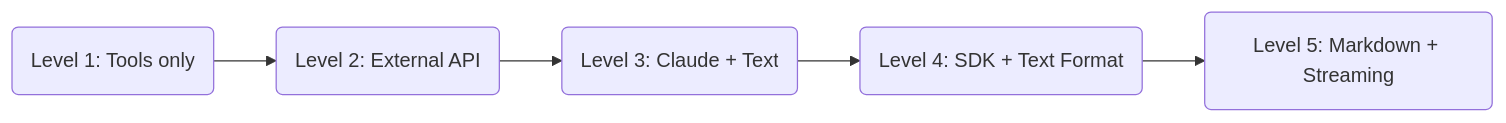
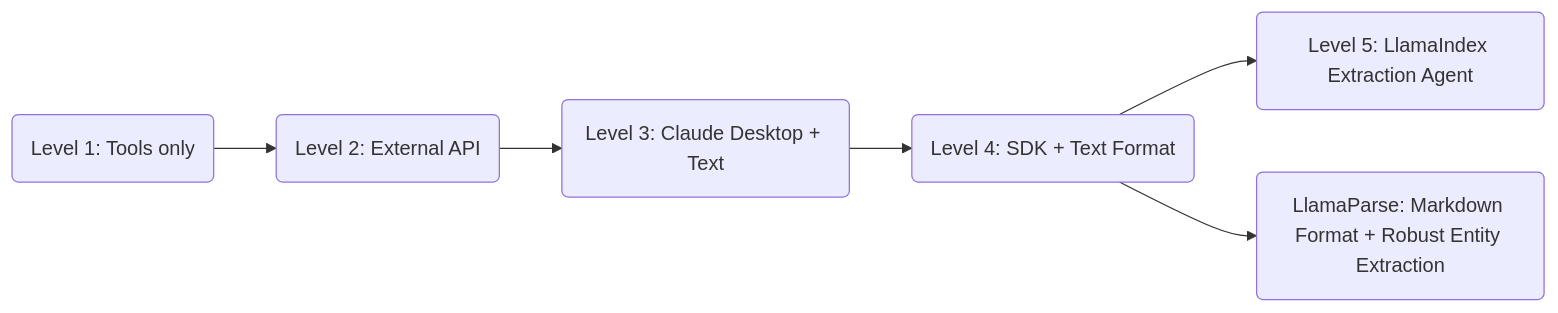
Before and after one commit to atharvabhakane/mcp-llamaIndex: the first of 2 diagrams in README.md, drawn with Mermaid. The commit also changed other lines of this file, not shown here.

Commit message:
Update README.md by removing flowcharts, extra code

````diff
--- a/README.md
+++ b/README.md
@@ -502,7 +258,8 @@
 ```mermaid
 flowchart LR
     A("Level 1: Tools only") --> B("Level 2: External API")
-    B --> C("Level 3: Claude + Text")
+    B --> C("Level 3: Claude Desktop + Text")
     C --> D("Level 4: SDK + Text Format")
-    D --> E("Level 5: Markdown + Streaming")
+    D --> E("Level 5: LlamaIndex Extraction Agent")
+    D --> F("LlamaParse: Markdown Format + Robust Entity Extraction")
 ```
````
